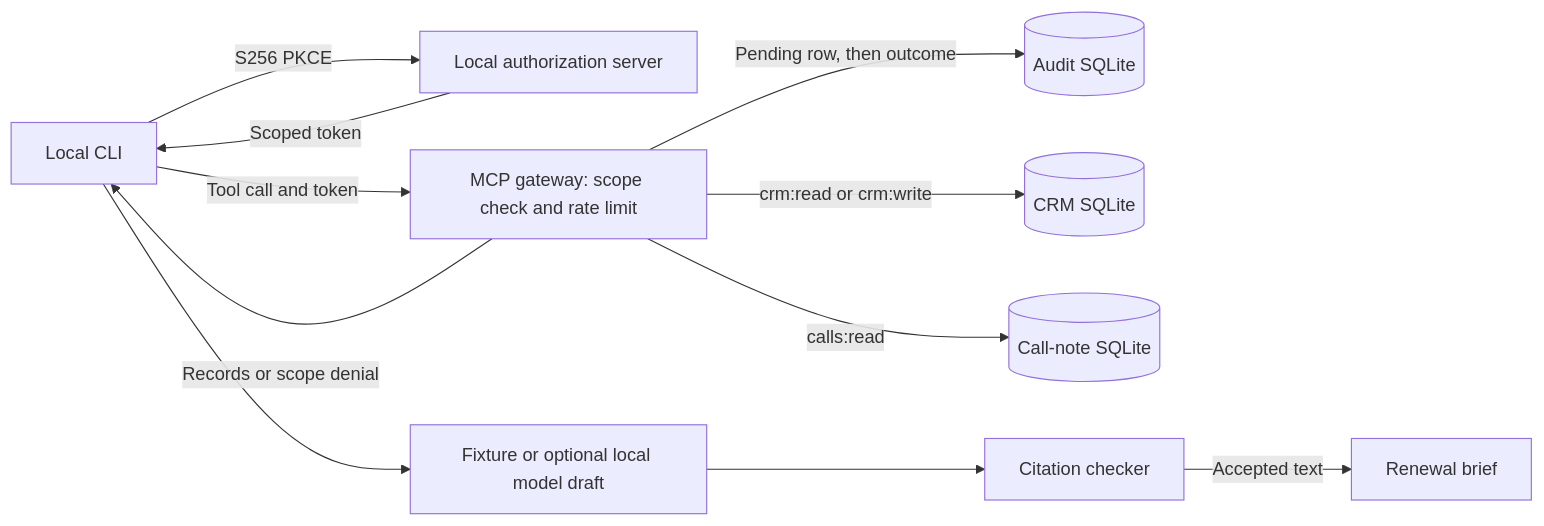
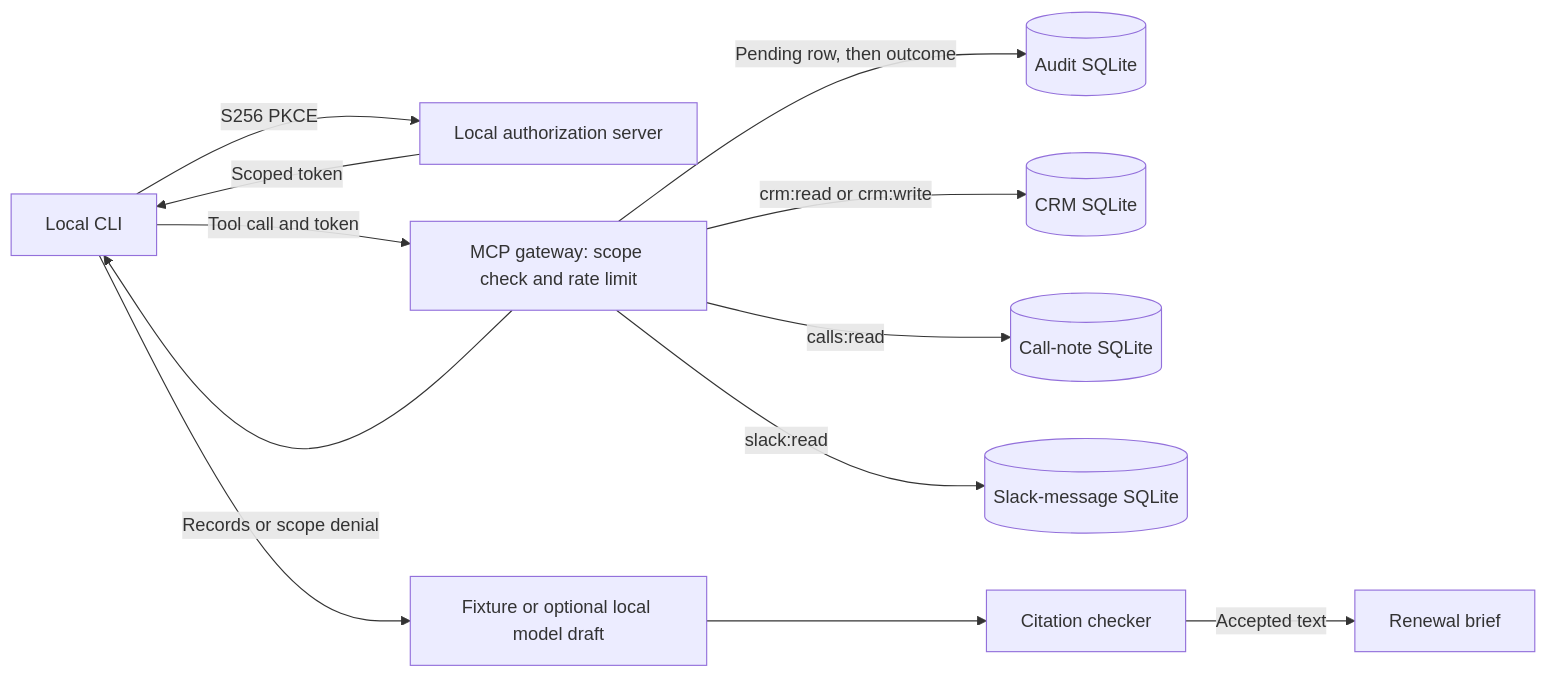
The diagram in README.md (pwngh/gtm-connector), drawn with Mermaid before and after one commit. The commit also changed other lines of this file and 10 other files, not shown here.

````diff
--- a/README.md
+++ b/README.md
@@ -140,13 +140,14 @@
 ```mermaid
 flowchart LR
     CLI["Local CLI"] -->|"S256 PKCE"| Auth["Local authorization server"]
     Auth -->|"Scoped token"| CLI
     CLI -->|"Tool call and token"| MCP["MCP gateway: scope check and rate limit"]
     MCP -->|"Pending row, then outcome"| Audit[("Audit SQLite")]
     MCP -->|"crm:read or crm:write"| CRM[("CRM SQLite")]
     MCP -->|"calls:read"| Calls[("Call-note SQLite")]
+    MCP -->|"slack:read"| Slack[("Slack-message SQLite")]
     MCP -->|"Records or scope denial"| CLI
     CLI --> Draft["Fixture or optional local model draft"]
     Draft --> Check["Citation checker"]
     Check -->|"Accepted text"| Brief["Renewal brief"]
 ```
````
